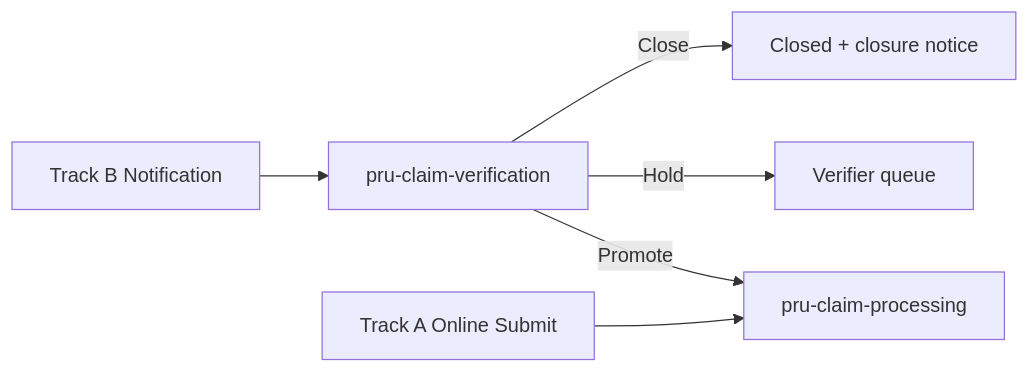
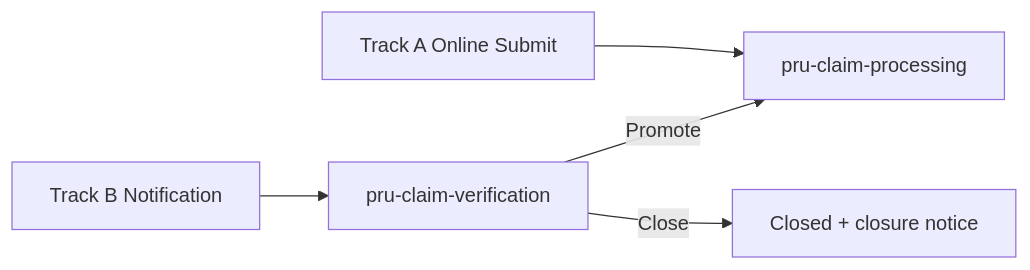
The first of 2 diagrams in docs/pru_claim_verification_solution.md (Avinashkumar8694/prudential-claims-bpm), drawn with Mermaid before and after one commit. The commit also changed other lines of this file and 12 other files, not shown here.

````diff
--- a/docs/pru_claim_verification_solution.md
+++ b/docs/pru_claim_verification_solution.md
@@ -22,8 +22,7 @@
 ```mermaid
 graph LR
     N[Track B Notification] --> V[pru-claim-verification]
     V -- Promote --> P[pru-claim-processing]
-    V -- Hold --> Q[Verifier queue]
     V -- Close --> C[Closed + closure notice]
     A[Track A Online Submit] --> P
 ```
````
